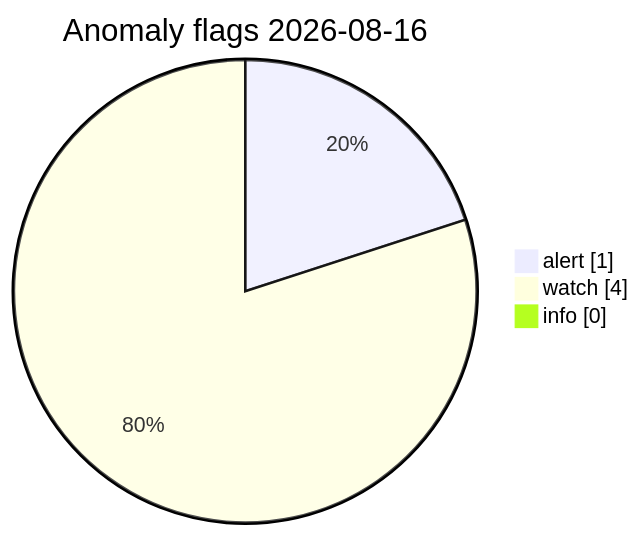
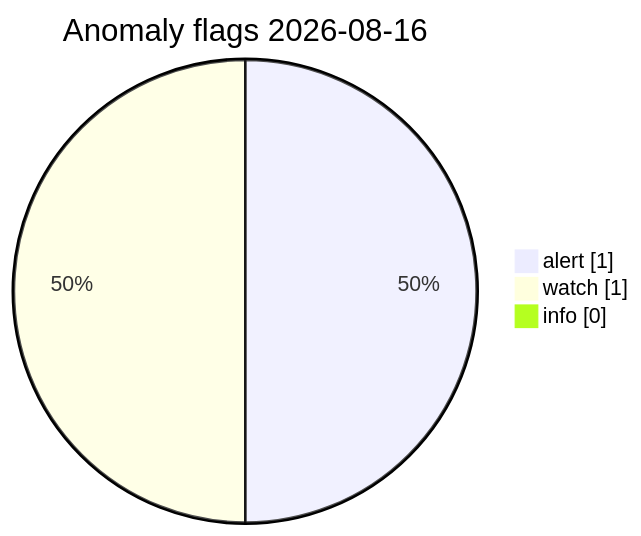
One commit to Midwest-Stratospheric/Unified-Open-Global-Weather changed the diagram in visuals/2026-08-16/CHARTS.md. Above: the diagram before and after it, drawn with Mermaid. The commit also changed other lines of this file and 13 other files, not shown here.

Commit message:
data(visuals): automated charts 2026-08-16T10:02Z

````diff
--- a/visuals/2026-08-16/CHARTS.md
+++ b/visuals/2026-08-16/CHARTS.md
@@ -73,7 +73,7 @@
 ```mermaid
 pie showData
   title Anomaly flags 2026-08-16
   "alert" : 1
-  "watch" : 4
+  "watch" : 1
   "info" : 0
 ```
````
